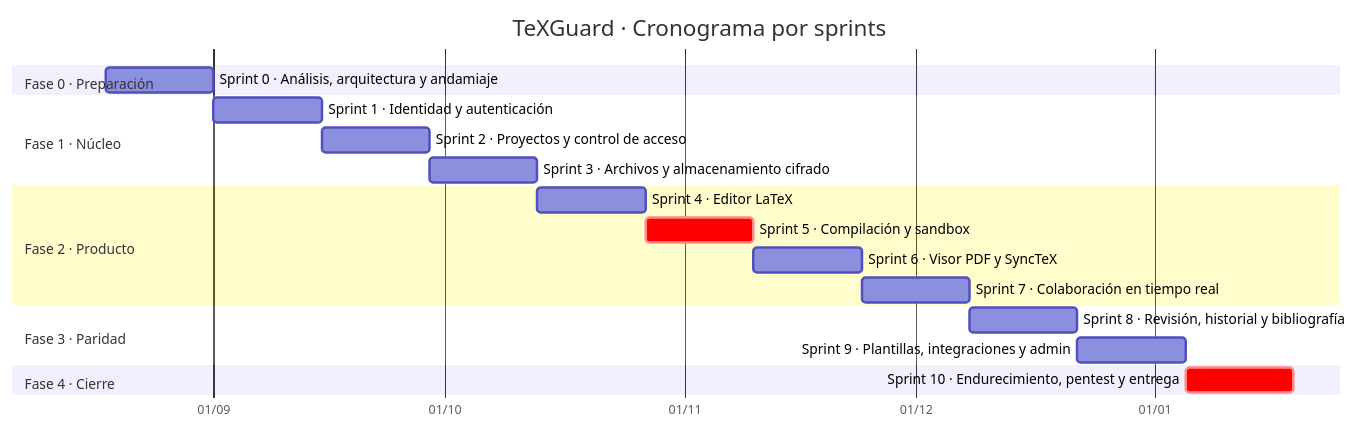
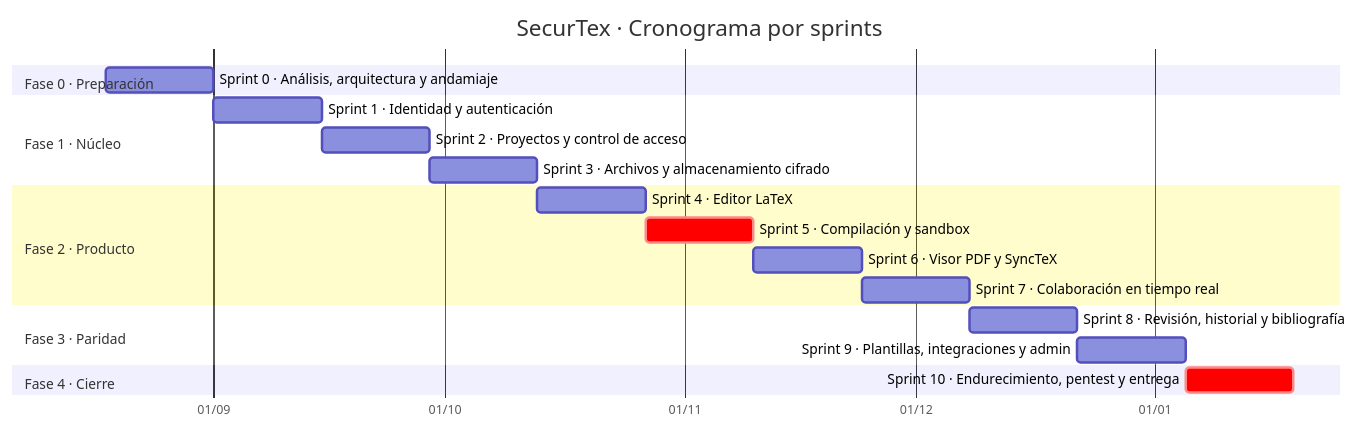
Before and after one commit to SecurTex-Devs/securetex: the diagram in docs/11-Plan-de-Proyecto.md, drawn with Mermaid. The commit also changed other lines of this file and 25 other files, not shown here.

First line of the commit message:
refactor: renombra el producto de TeXGuard a SecurTex

````diff
--- a/docs/11-Plan-de-Proyecto.md
+++ b/docs/11-Plan-de-Proyecto.md
@@ -84,27 +84,27 @@
 ```mermaid
 gantt
-    title TeXGuard · Cronograma por sprints
+    title SecurTex · Cronograma por sprints
     dateFormat YYYY-MM-DD
     axisFormat %d/%m
 
     section Fase 0 · Preparación
     Sprint 0 · Análisis, arquitectura y andamiaje  :s0, 2026-08-18, 14d
 
     section Fase 1 · Núcleo
     Sprint 1 · Identidad y autenticación           :s1, after s0, 14d
     Sprint 2 · Proyectos y control de acceso       :s2, after s1, 14d
     Sprint 3 · Archivos y almacenamiento cifrado   :s3, after s2, 14d
 
     section Fase 2 · Producto
     Sprint 4 · Editor LaTeX                        :s4, after s3, 14d
     Sprint 5 · Compilación y sandbox               :crit, s5, after s4, 14d
     Sprint 6 · Visor PDF y SyncTeX                 :s6, after s5, 14d
     Sprint 7 · Colaboración en tiempo real         :s7, after s6, 14d
 
     section Fase 3 · Paridad
     Sprint 8 · Revisión, historial y bibliografía  :s8, after s7, 14d
     Sprint 9 · Plantillas, integraciones y admin   :s9, after s8, 14d
 
     section Fase 4 · Cierre
     Sprint 10 · Endurecimiento, pentest y entrega  :crit, s10, after s9, 14d
 ```
````
